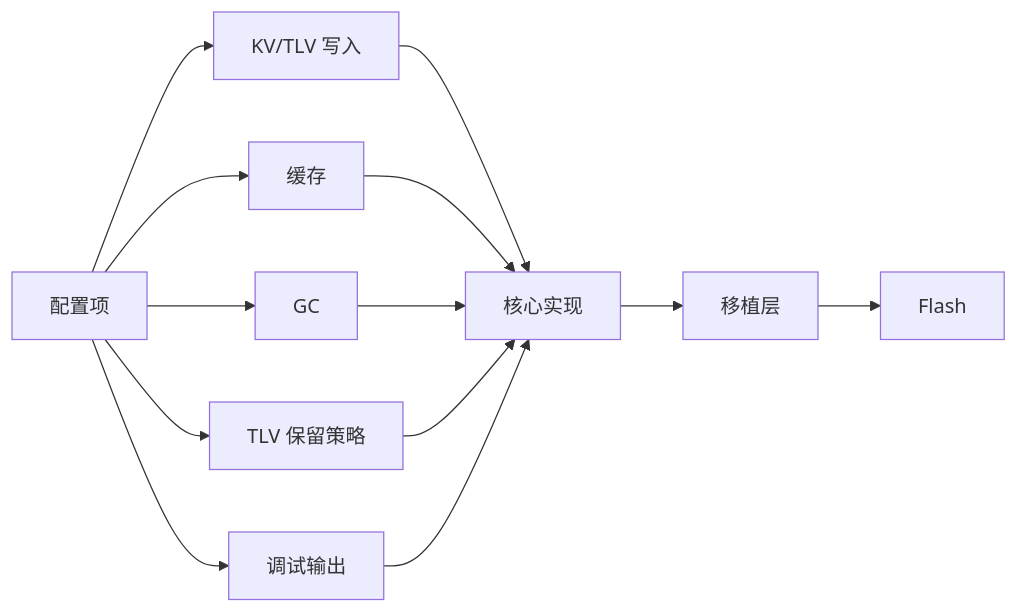
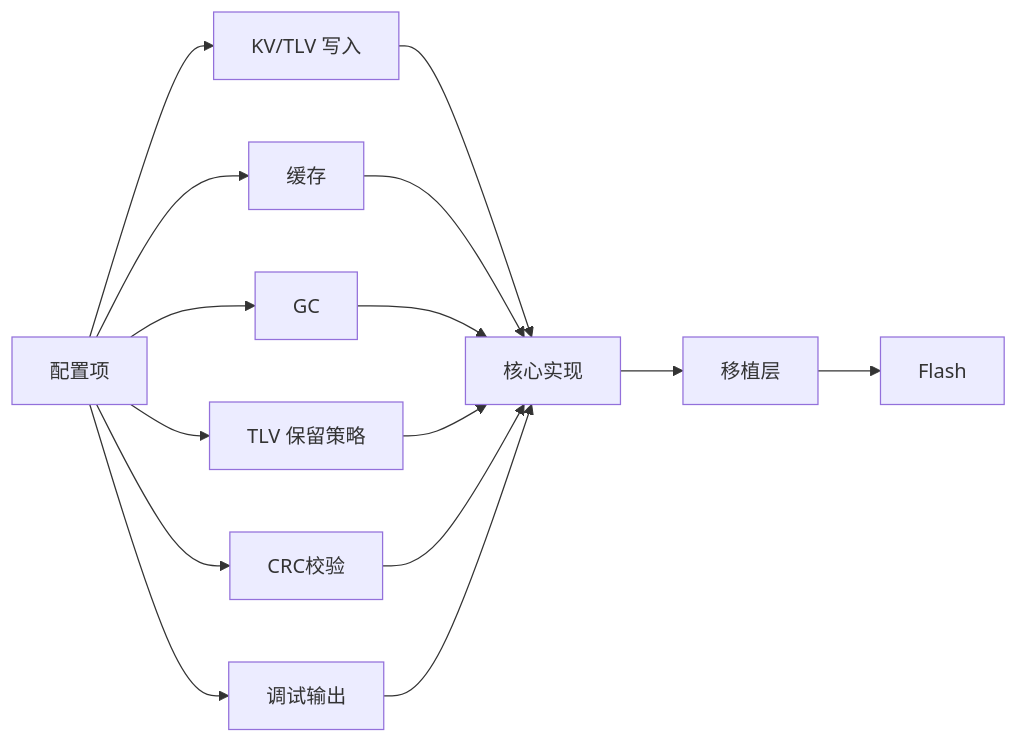
One commit to causebefore/microkv-module changed the third of 3 diagrams in .qoder/repowiki/zh/content/配置系统.md. Above: the diagram before and after it, drawn with Mermaid. The commit also changed other lines of this file and 10 other files, not shown here.

````diff
--- a/.qoder/repowiki/zh/content/配置系统.md
+++ b/.qoder/repowiki/zh/content/配置系统.md
@@ -261,15 +306,17 @@
 ```mermaid
 graph LR
 cfg["配置项"] --> kv["KV/TLV 写入"]
 cfg --> cache["缓存"]
 cfg --> gc["GC"]
 cfg --> tlv["TLV 保留策略"]
+cfg --> verify["CRC校验"]
 cfg --> debug["调试输出"]
 kv --> impl["核心实现"]
 cache --> impl
 gc --> impl
 tlv --> impl
+verify --> impl
 debug --> impl
 impl --> port["移植层"]
 port --> flash["Flash"]
 ```
````
